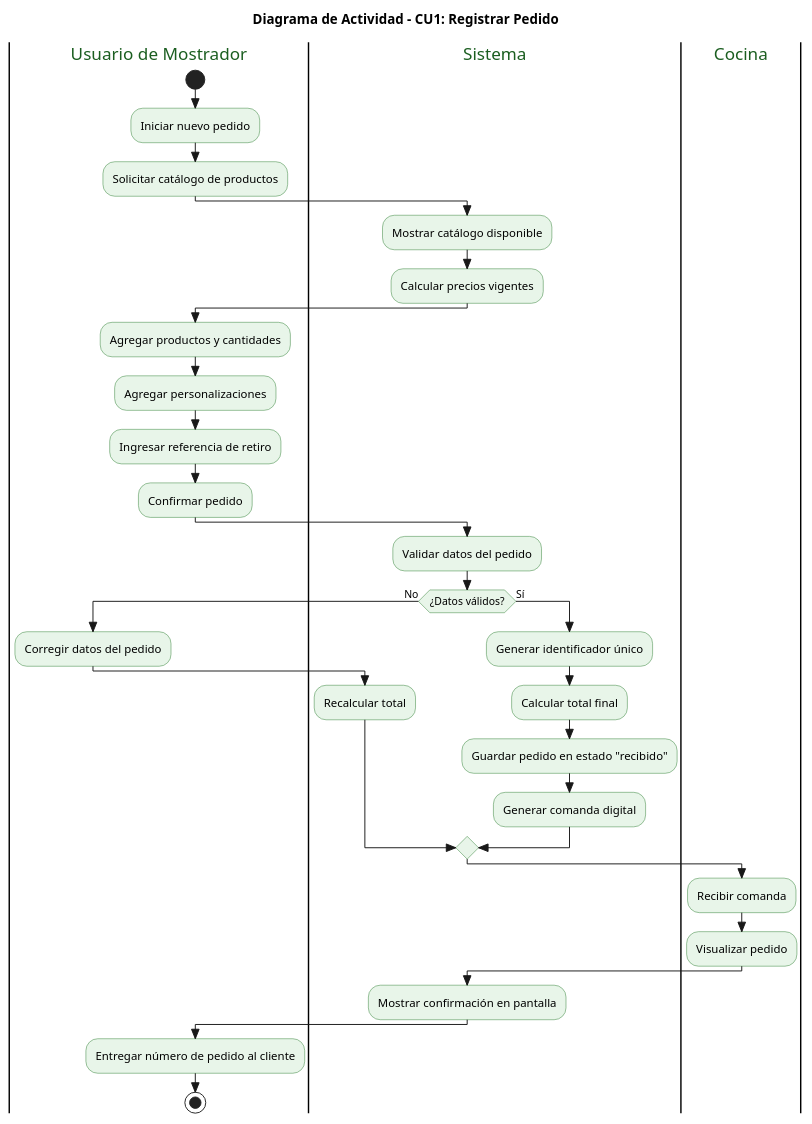
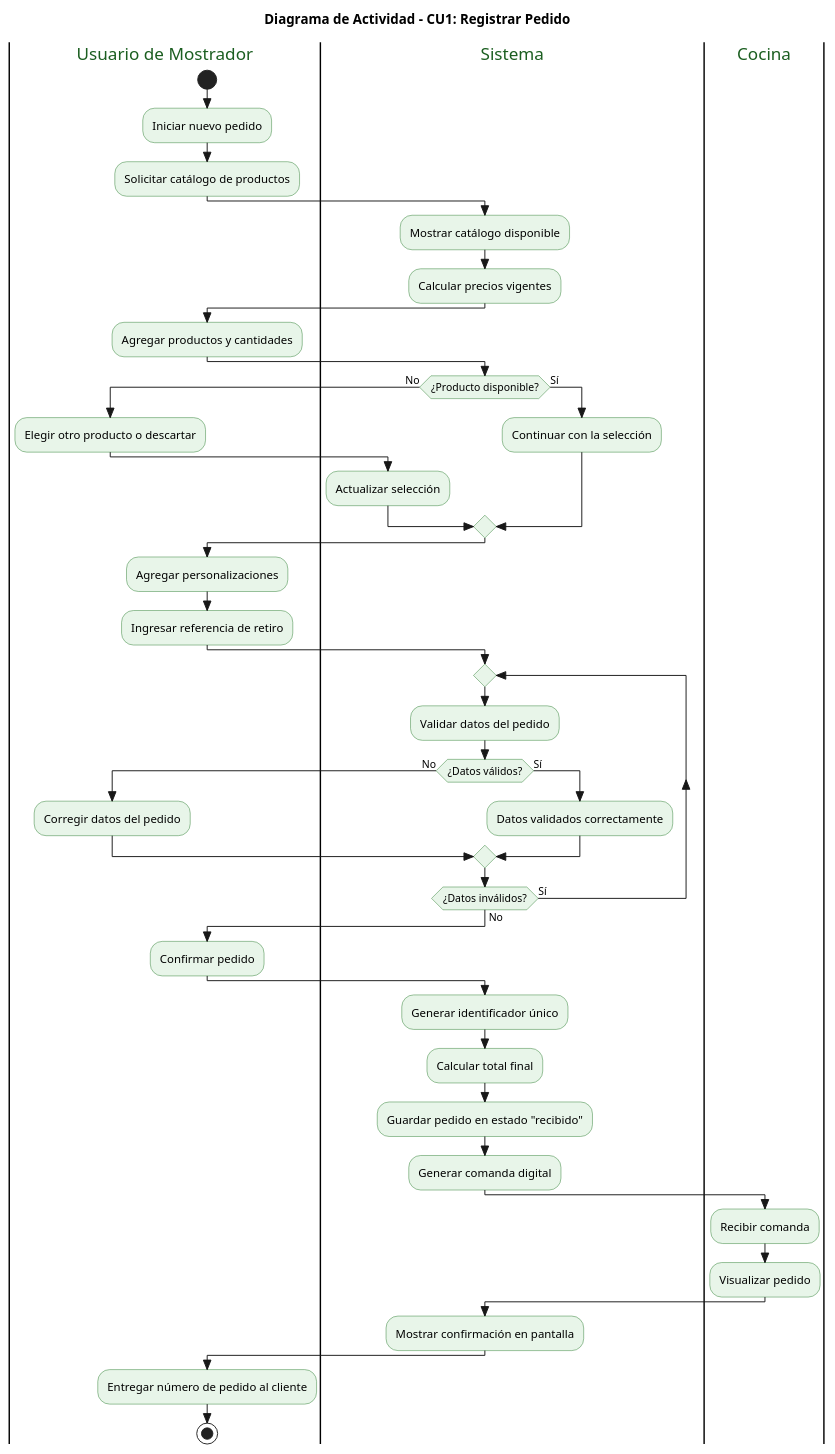
One commit to lucasmengarelli3/SistemaPedidos changed the diagram in diagramas/04-diagramas-actividades/04-actividad-registrar-pedido-01.puml. Above: the diagram before and after it, drawn with PlantUML. The commit also changed 5 other files, not shown here.

Commit message:
docs: registra PR #193 en changelog y actualiza diagramas segun revisión

```diff
--- a/diagramas/04-diagramas-actividades/04-actividad-registrar-pedido-01.puml
+++ b/diagramas/04-diagramas-actividades/04-actividad-registrar-pedido-01.puml
@@ -1,48 +1,67 @@
 @startuml
 skinparam style strictuml
 skinparam ActivityBackgroundColor #E8F5E9
 skinparam ActivityBorderColor #2E7D32
 skinparam SwimlaneTitleFontColor #1B5E20
 
 title Diagrama de Actividad - CU1: Registrar Pedido
 
 |Usuario de Mostrador|
 start
 :Iniciar nuevo pedido;
 :Solicitar catálogo de productos;
 
 |Sistema|
 :Mostrar catálogo disponible;
 :Calcular precios vigentes;
 
 |Usuario de Mostrador|
 :Agregar productos y cantidades;
+
+|Sistema|
+if (¿Producto disponible?) then (No)
+  |Usuario de Mostrador|
+  :Elegir otro producto o descartar;
+  |Sistema|
+  :Actualizar selección;
+else (Sí)
+  |Sistema|
+  :Continuar con la selección;
+endif
+
+|Usuario de Mostrador|
 :Agregar personalizaciones;
 :Ingresar referencia de retiro;
+
+|Sistema|
+repeat
+  :Validar datos del pedido;
+  if (¿Datos válidos?) then (No)
+    |Usuario de Mostrador|
+    :Corregir datos del pedido;
+  else (Sí)
+    |Sistema|
+    :Datos validados correctamente;
+  endif
+repeat while (¿Datos inválidos?) is (Sí) not (No)
+
+|Usuario de Mostrador|
 :Confirmar pedido;
 
 |Sistema|
-:Validar datos del pedido;
-if (¿Datos válidos?) then (No)
-  |Usuario de Mostrador|
-  :Corregir datos del pedido;
-  |Sistema|
-  :Recalcular total;
-else (Sí)
-  |Sistema|
-  :Generar identificador único;
-  :Calcular total final;
-  :Guardar pedido en estado "recibido";
-  :Generar comanda digital;
-endif
+:Generar identificador único;
+:Calcular total final;
+:Guardar pedido en estado "recibido";
+:Generar comanda digital;
 
 |Cocina|
 :Recibir comanda;
 :Visualizar pedido;
 
 |Sistema|
 :Mostrar confirmación en pantalla;
+
 |Usuario de Mostrador|
 :Entregar número de pedido al cliente;
 stop
 @enduml
```
